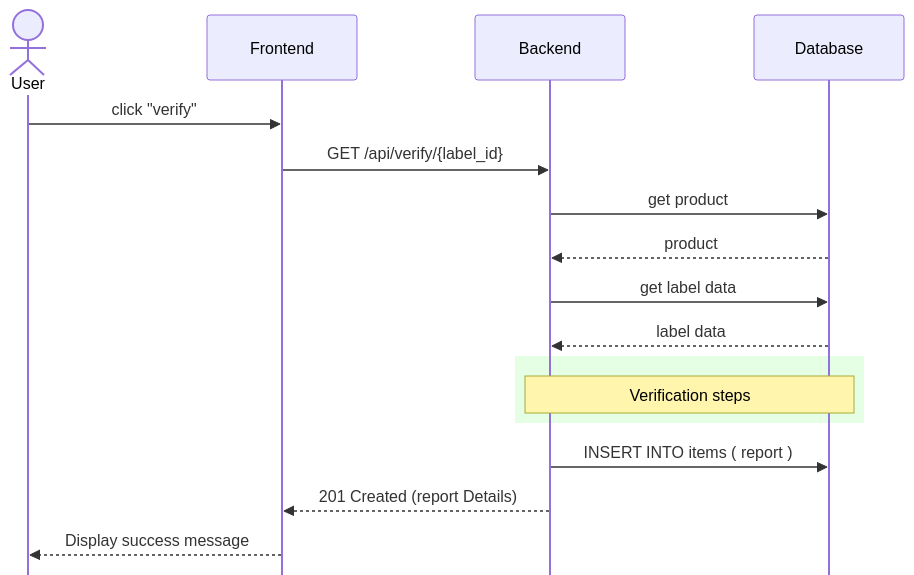
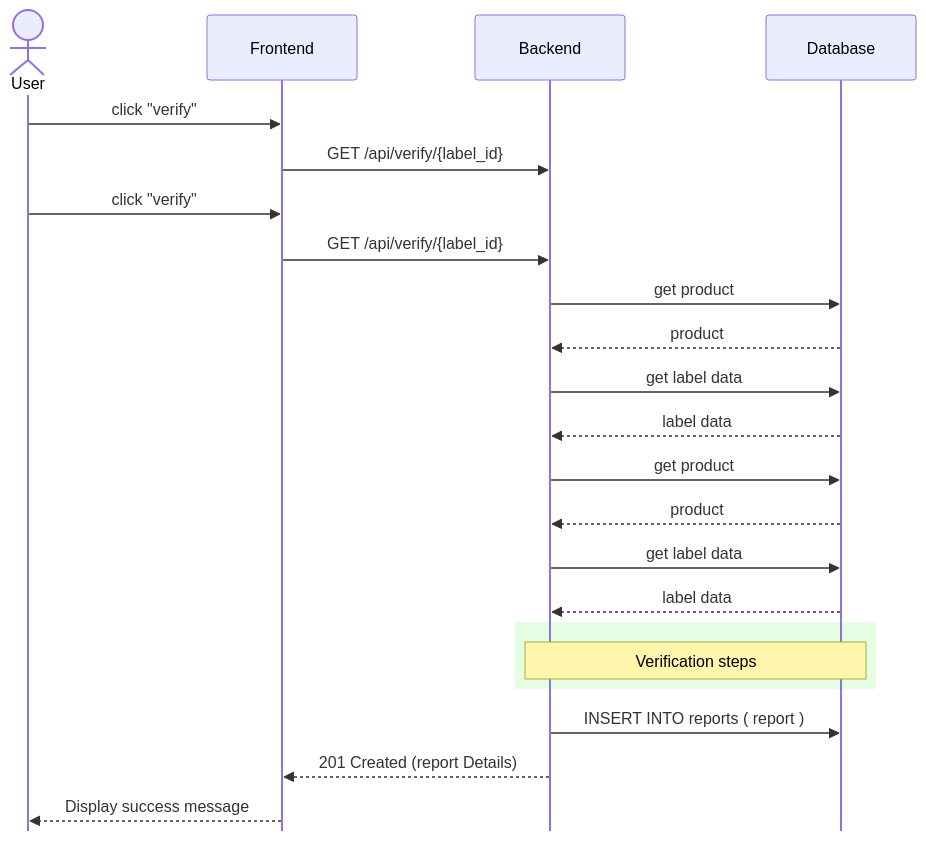
Before and after one commit to ai-cfia/fertiscan: the diagram in docs/compliance/design.md, drawn with Mermaid.

Commit message:
more human interaction design for general verification and lot_number verification

````diff
--- a/docs/compliance/design.md
+++ b/docs/compliance/design.md
@@ -3,26 +3,36 @@
 ```mermaid
 %%{init: { "sequence": { "mirrorActors": false } }}%%
 sequenceDiagram
     actor usr as User
     participant fe as Frontend
     participant be as Backend
     participant db as Database
+    actor usr as User
+    participant fe as Frontend
+    participant be as Backend
+    participant db as Database
 
     usr ->> fe : click "verify"
     fe ->> be : GET /api/verify/{label_id}
+    usr ->> fe : click "verify"
+    fe ->> be : GET /api/verify/{label_id}
 
+    be ->> db : get product
+    db -->> be : product
+    be ->> db : get label data
+    db -->> be: label data
     be ->> db : get product
     db -->> be : product
     be ->> db : get label data
     db -->> be: label data
 
     rect rgba(0,250,0,0.1)
         note over be,db: Verification steps
     end
 
-    be ->> db : INSERT INTO items ( report )
+    be ->> db : INSERT INTO reports ( report )
 
     be -->> fe: 201 Created (report Details)
 
     fe -->> usr: Display success message
 ```
````
